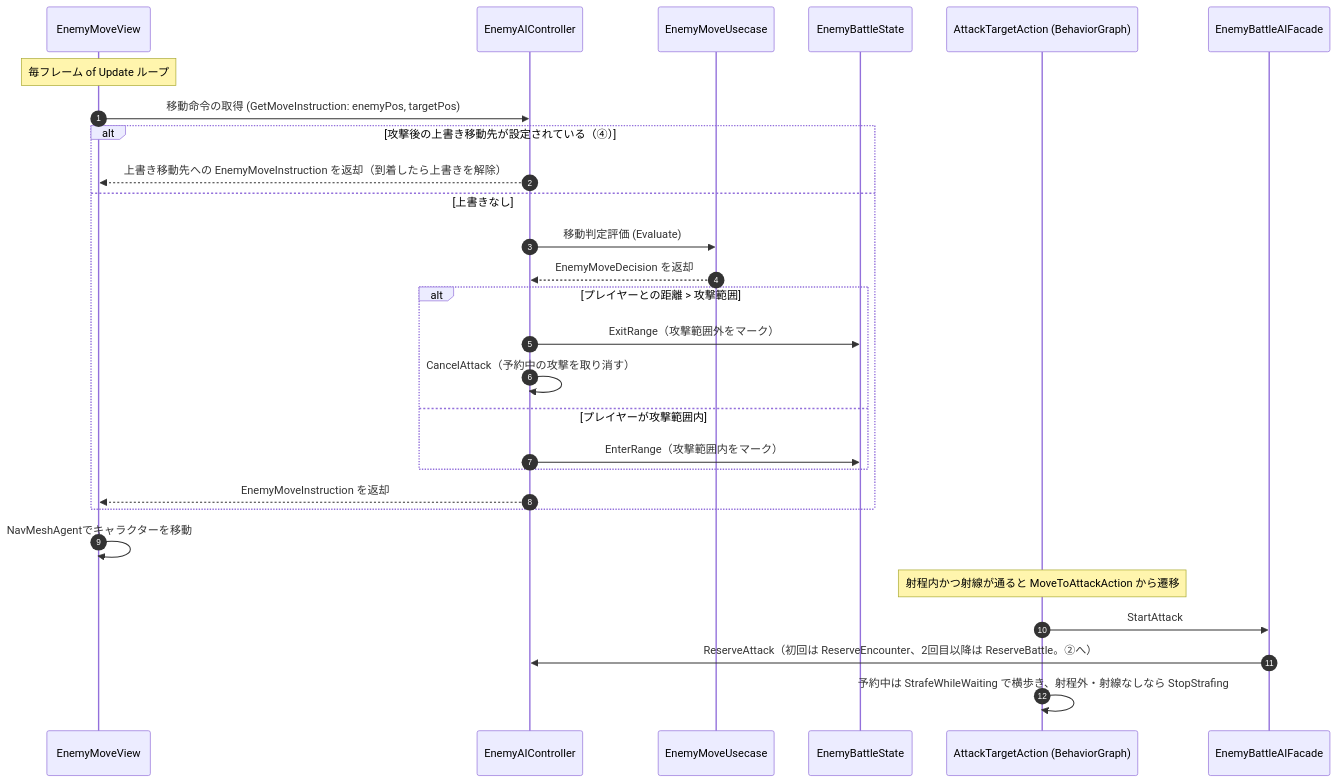
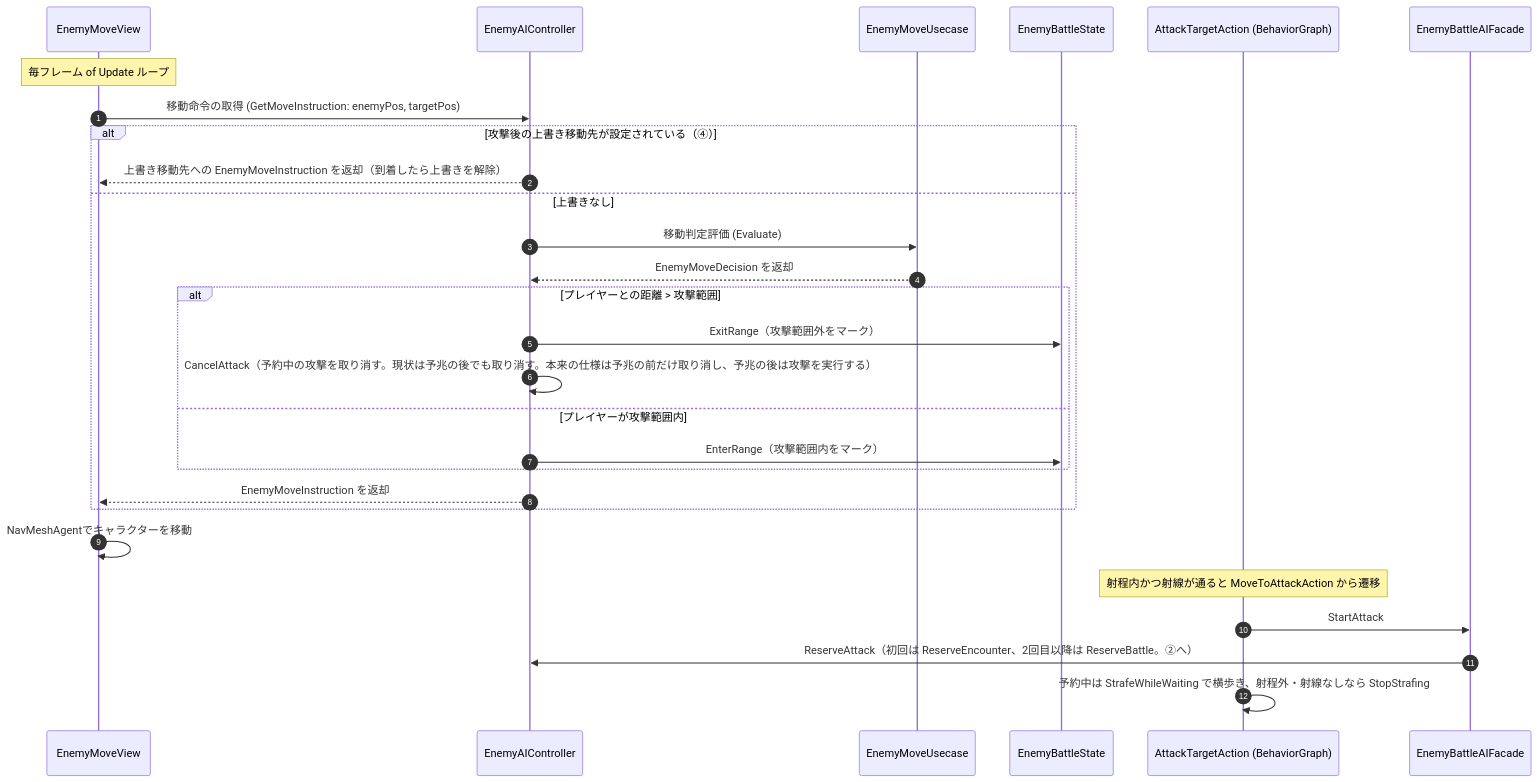
Before and after one commit to HIBIKI5201/SymphonyKillChord: the diagram in Docs/NotionMigration/pages/A2b/3bf7c2c6-cc02-8193-b6cf-cfd3ff3cb46f.md, drawn with Mermaid. The commit also changed other lines of this file and 175 other files, not shown here.

````diff
--- a/Docs/NotionMigration/pages/A2b/3bf7c2c6-cc02-8193-b6cf-cfd3ff3cb46f.md
+++ b/Docs/NotionMigration/pages/A2b/3bf7c2c6-cc02-8193-b6cf-cfd3ff3cb46f.md
@@ -27,31 +29,31 @@
 ```mermaid
 sequenceDiagram
     autonumber
     participant EView as EnemyMoveView
     participant EAI as EnemyAIController
     participant EMoveUC as EnemyMoveUsecase
     participant EBState as EnemyBattleState
     participant Graph as AttackTargetAction (BehaviorGraph)
     participant BFacade as EnemyBattleAIFacade
 
     Note over EView: 毎フレーム of Update ループ
     EView ->> EAI: 移動命令の取得 (GetMoveInstruction: enemyPos, targetPos)
     alt 攻撃後の上書き移動先が設定されている（④）
         EAI -->> EView: 上書き移動先への EnemyMoveInstruction を返却（到着したら上書きを解除）
     else 上書きなし
         EAI ->> EMoveUC: 移動判定評価 (Evaluate)
         EMoveUC -->> EAI: EnemyMoveDecision を返却
         alt プレイヤーとの距離 > 攻撃範囲
             EAI ->> EBState: ExitRange（攻撃範囲外をマーク）
-            EAI ->> EAI: CancelAttack（予約中の攻撃を取り消す）
+            EAI ->> EAI: CancelAttack（予約中の攻撃を取り消す。現状は予兆の後でも取り消す。本来の仕様は予兆の前だけ取り消し、予兆の後は攻撃を実行する）
         else プレイヤーが攻撃範囲内
             EAI ->> EBState: EnterRange（攻撃範囲内をマーク）
         end
         EAI -->> EView: EnemyMoveInstruction を返却
     end
     EView ->> EView: NavMeshAgentでキャラクターを移動
     Note over Graph: 射程内かつ射線が通ると MoveToAttackAction から遷移
     Graph ->> BFacade: StartAttack
     BFacade ->> EAI: ReserveAttack（初回は ReserveEncounter、2回目以降は ReserveBattle。②へ）
     Graph ->> Graph: 予約中は StrafeWhileWaiting で横歩き、射程外・射線なしなら StopStrafing
 ```
````
